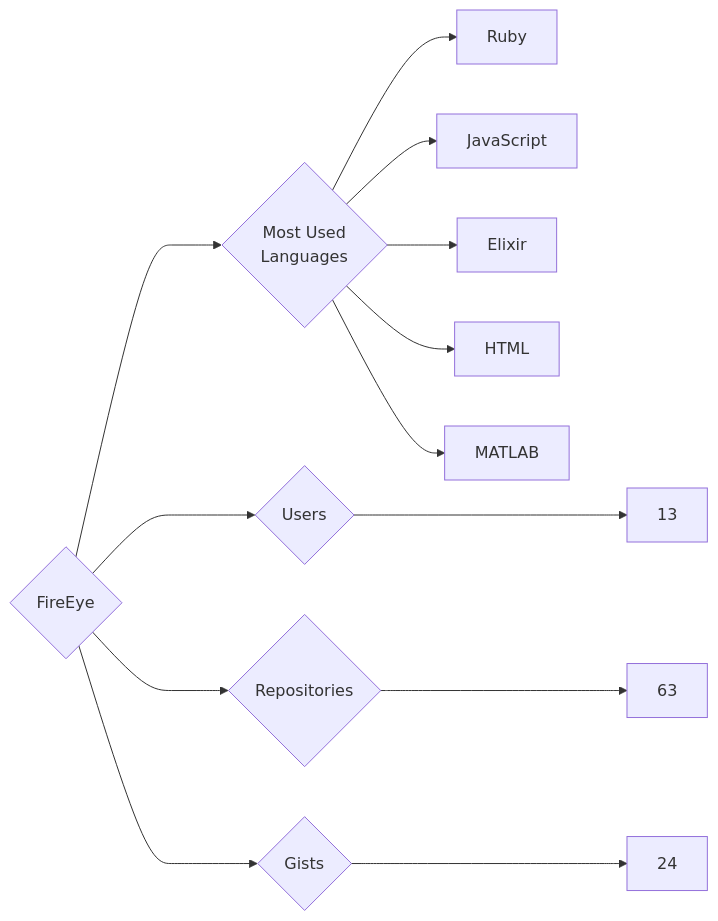
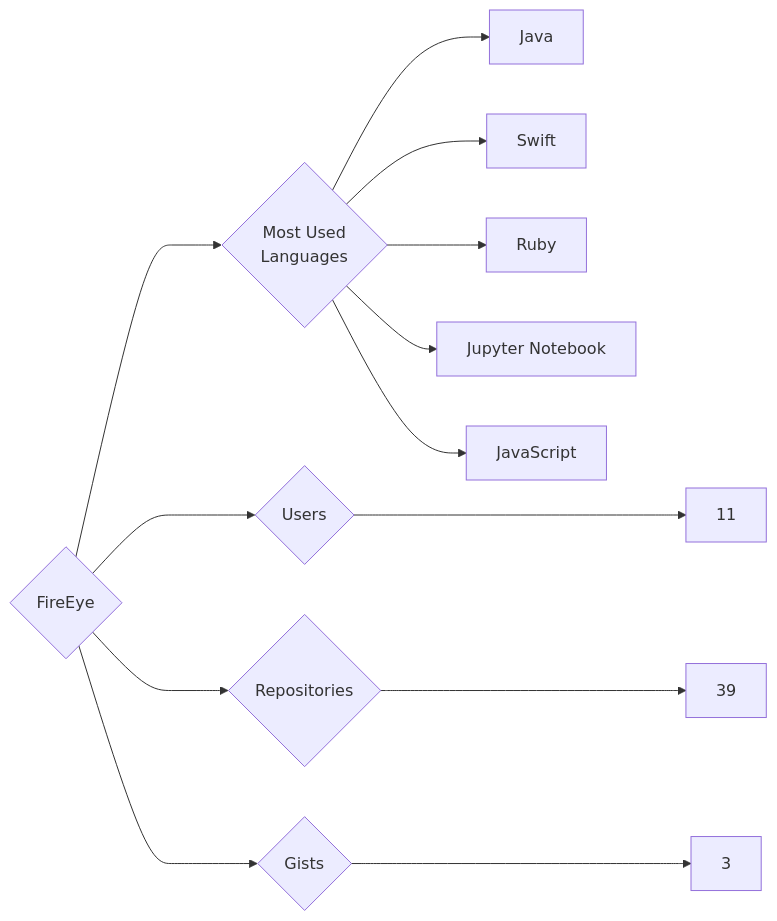
Before and after one commit to trickest/insiders: the diagram in targets/FireEye/README.md, drawn with Mermaid. The commit also changed 644 other files, not shown here.

````diff
--- a/targets/FireEye/README.md
+++ b/targets/FireEye/README.md
@@ -3,13 +3,13 @@
 ```mermaid
 graph LR
 COMPANY_NAME{FireEye}
-COMPANY_NAME ---> U{Users} ---> UN[13]
-COMPANY_NAME ---> R{Repositories} ---> RN[63]
-COMPANY_NAME ---> G{Gists} ---> GN[24]
+COMPANY_NAME ---> U{Users} ---> UN[11]
+COMPANY_NAME ---> R{Repositories} ---> RN[39]
+COMPANY_NAME ---> G{Gists} ---> GN[3]
 COMPANY_NAME ---> ML{Most Used<br>Languages}
+ML --> Java[Java]
+ML --> Swift[Swift]
 ML --> Ruby[Ruby]
+ML --> Jupyter_Notebook[Jupyter Notebook]
 ML --> JavaScript[JavaScript]
-ML --> Elixir[Elixir]
-ML --> HTML[HTML]
-ML --> MATLAB[MATLAB]
 ```
````
